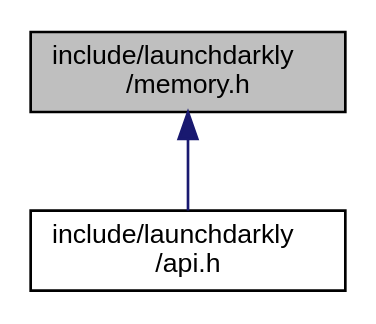
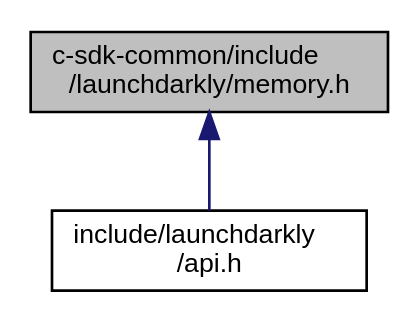
Before and after one commit to launchdarkly/c-server-sdk: the diagram in memory_8h__dep__incl.dot, drawn with Graphviz. The commit also changed 43 other files, not shown here.

```diff
--- a/memory_8h__dep__incl.dot
+++ b/memory_8h__dep__incl.dot
@@ -1,8 +1,8 @@
-digraph "include/launchdarkly/memory.h"
+digraph "c-sdk-common/include/launchdarkly/memory.h"
 {
   edge [fontname="Helvetica",fontsize="10",labelfontname="Helvetica",labelfontsize="10"];
   node [fontname="Helvetica",fontsize="10",shape=record];
-  Node3 [label="include/launchdarkly\l/memory.h",height=0.2,width=0.4,color="black", fillcolor="grey75", style="filled", fontcolor="black"];
+  Node3 [label="c-sdk-common/include\l/launchdarkly/memory.h",height=0.2,width=0.4,color="black", fillcolor="grey75", style="filled", fontcolor="black"];
   Node3 -> Node4 [dir="back",color="midnightblue",fontsize="10",style="solid",fontname="Helvetica"];
   Node4 [label="include/launchdarkly\l/api.h",height=0.2,width=0.4,color="black", fillcolor="white", style="filled",URL="$api_8h.html",tooltip="Public API. Include this for every public operation. "];
 }
```
